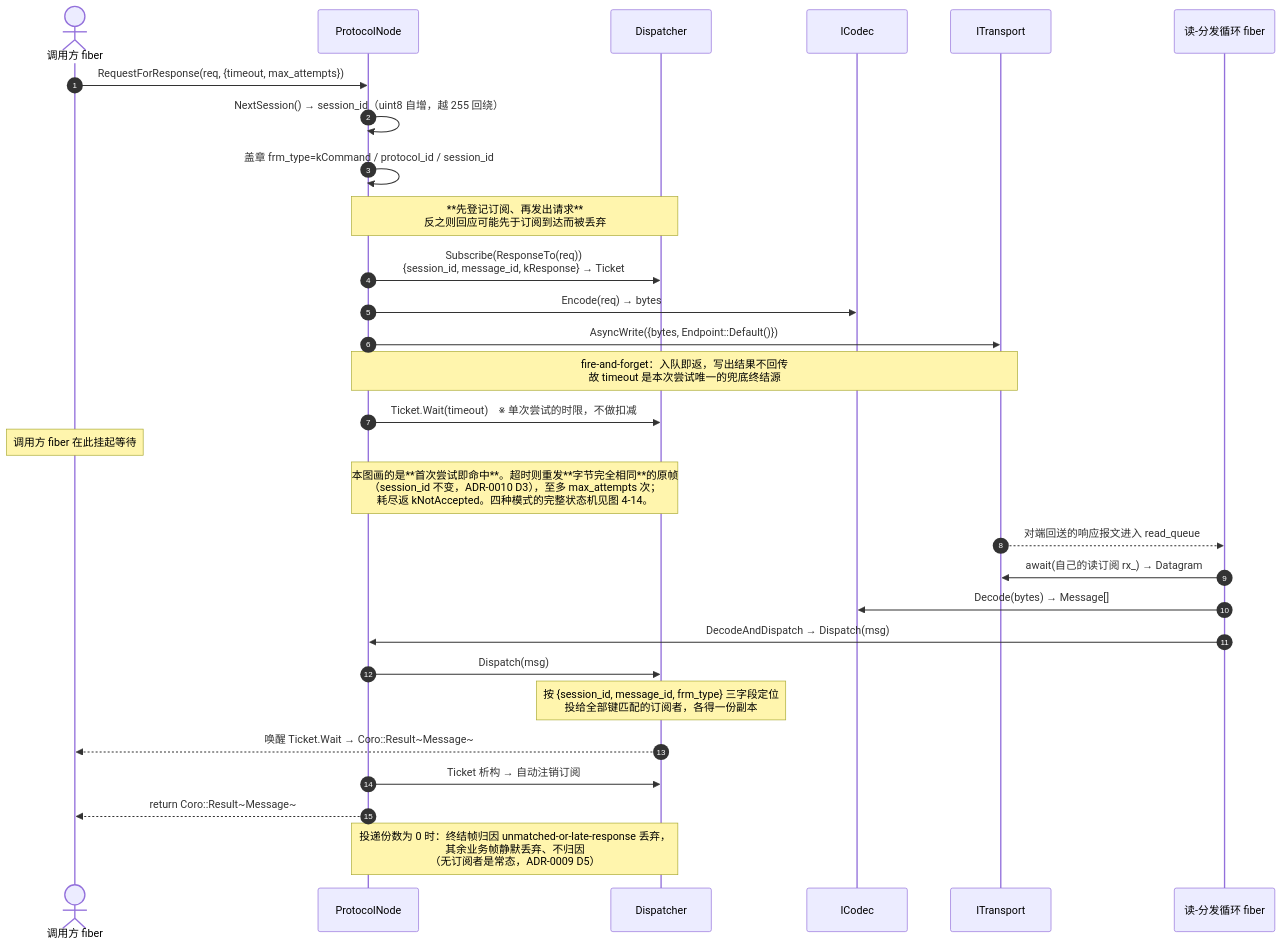
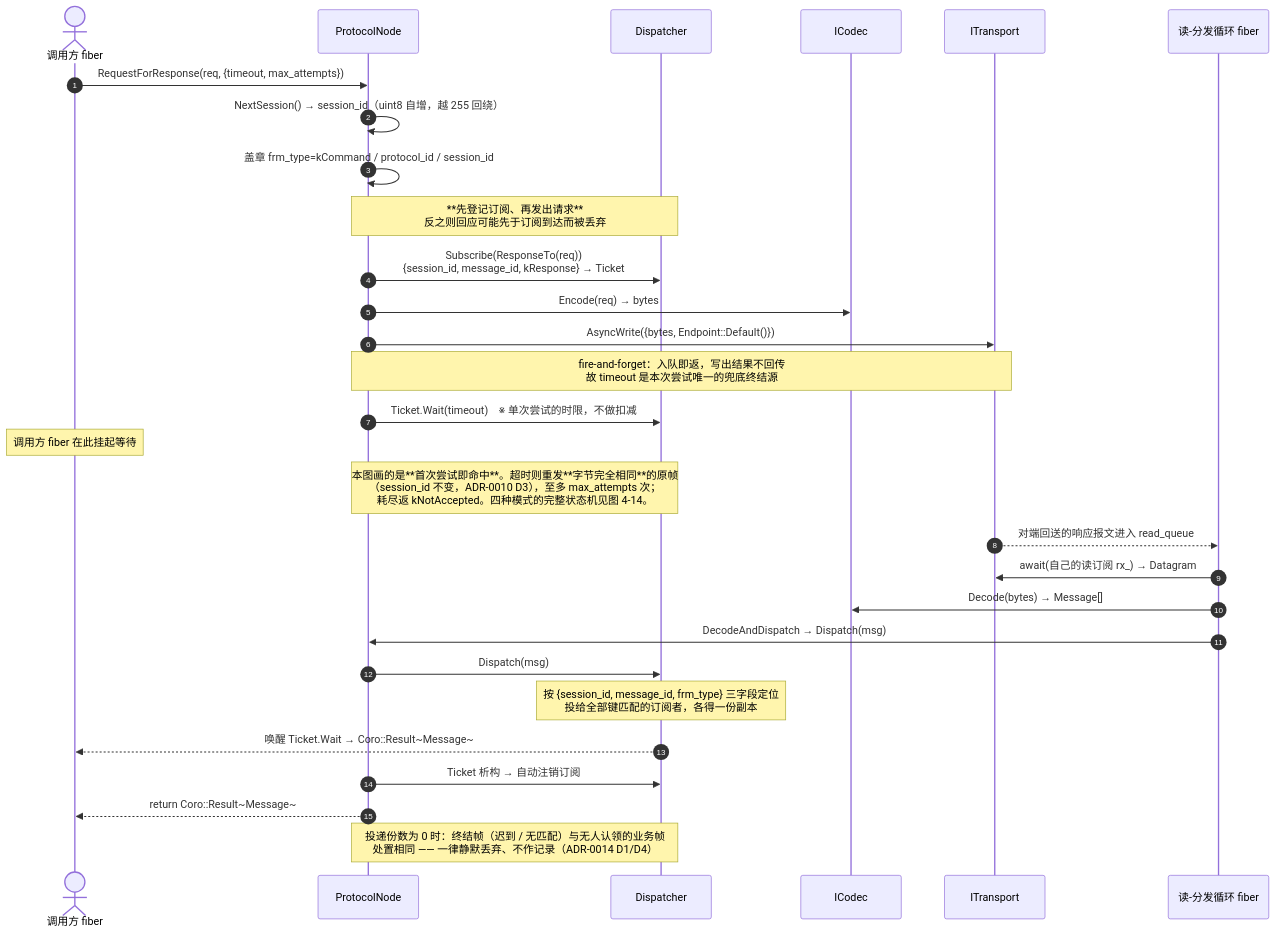
The diagram in docs/diagrams/seq-request-response.mmd (Ste7an-cs/Transport), drawn with Mermaid before and after one commit. The commit also changed 31 other files, not shown here.

First line of the commit message:
docs+test: 补完 ADR-0014 的收尾——SRS/SDD/CONTEXT/图里的观测面残留一并清除

```diff
--- a/docs/diagrams/seq-request-response.mmd
+++ b/docs/diagrams/seq-request-response.mmd
@@ -1,32 +1,32 @@
 sequenceDiagram
     autonumber
     actor C as 调用方 fiber
     participant N as ProtocolNode
     participant D as Dispatcher
     participant K as ICodec
     participant T as ITransport
     participant R as 读-分发循环 fiber
 
     C->>N: RequestForResponse(req, {timeout, max_attempts})
     N->>N: NextSession() → session_id（uint8 自增，越 255 回绕）
     N->>N: 盖章 frm_type=kCommand / protocol_id / session_id
     Note over N,D: **先登记订阅、再发出请求**<br/>反之则回应可能先于订阅到达而被丢弃
     N->>D: Subscribe(ResponseTo(req))<br/>{session_id, message_id, kResponse} → Ticket
     N->>K: Encode(req) → bytes
     N->>T: AsyncWrite({bytes, Endpoint::Default()})
     Note over N,T: fire-and-forget：入队即返，写出结果不回传<br/>故 timeout 是本次尝试唯一的兜底终结源
     N->>D: Ticket.Wait(timeout)　※ 单次尝试的时限，不做扣减
     Note over C: 调用方 fiber 在此挂起等待
     Note over N,D: 本图画的是**首次尝试即命中**。超时则重发**字节完全相同**的原帧<br/>（session_id 不变，ADR-0010 D3），至多 max_attempts 次；<br/>耗尽返 kNotAccepted。四种模式的完整状态机见图 4-14。
 
     T-->>R: 对端回送的响应报文进入 read_queue
     R->>T: await(自己的读订阅 rx_) → Datagram
     R->>K: Decode(bytes) → Message[]
     R->>N: DecodeAndDispatch → Dispatch(msg)
     N->>D: Dispatch(msg)
     Note over D: 按 {session_id, message_id, frm_type} 三字段定位<br/>投给全部键匹配的订阅者，各得一份副本
     D-->>C: 唤醒 Ticket.Wait → Coro::Result~Message~
     N->>D: Ticket 析构 → 自动注销订阅
     N-->>C: return Coro::Result~Message~
 
-    Note over D,N: 投递份数为 0 时：终结帧归因 unmatched-or-late-response 丢弃，<br/>其余业务帧静默丢弃、不归因<br/>（无订阅者是常态，ADR-0009 D5）
+    Note over D,N: 投递份数为 0 时：终结帧（迟到 / 无匹配）与无人认领的业务帧<br/>处置相同 —— 一律静默丢弃、不作记录（ADR-0014 D1/D4）
```
